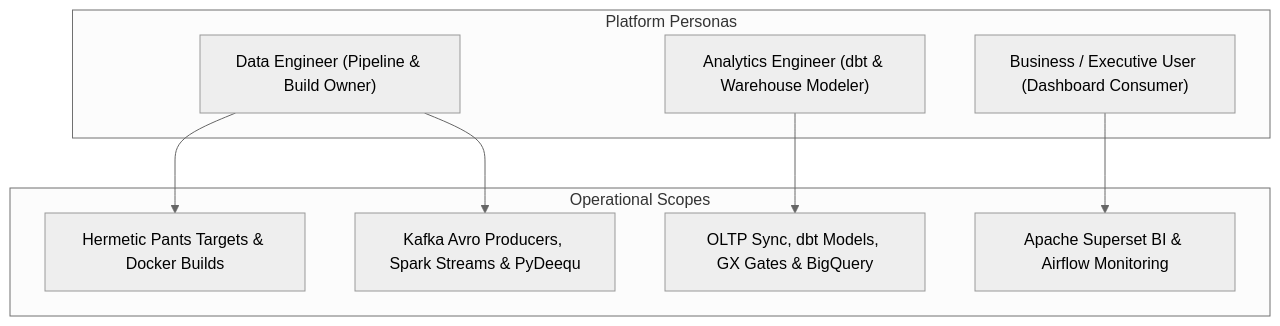
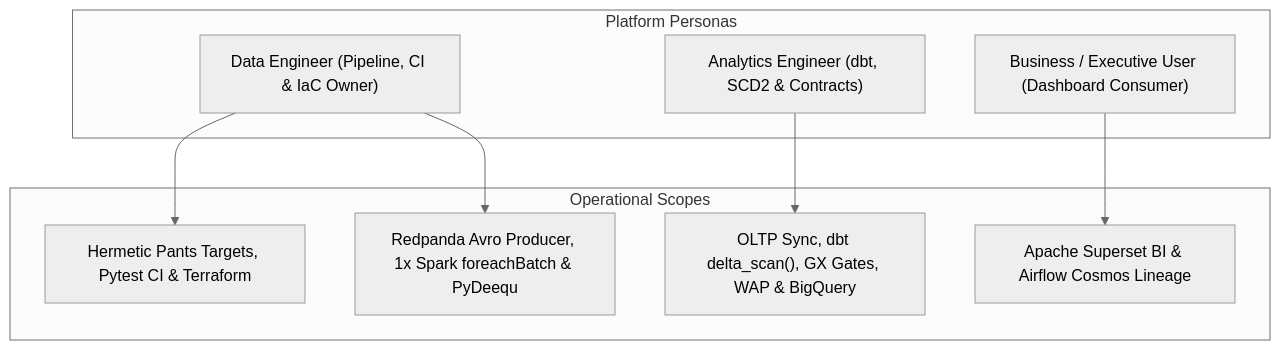
One commit to JayKay24/data-engineering changed the diagram in docs/wiki/Platform-Requirements.md. Above: the diagram before and after it, drawn with Mermaid (neutral theme). The commit also changed other lines of this file and 77 other files, not shown here.

Commit message:
feat(ecommerce): modernize pipeline to Medallion Lakehouse with Redpanda, WAP DuckDB, SCD2, Cosmos & CI

````diff
--- a/docs/wiki/Platform-Requirements.md
+++ b/docs/wiki/Platform-Requirements.md
@@ -17,20 +18,20 @@
 ```mermaid
 flowchart TD
   subgraph Personas ["Platform Personas"]
-    DE["Data Engineer (Pipeline & Build Owner)"]
-    AE["Analytics Engineer (dbt & Warehouse Modeler)"]
+    DE["Data Engineer (Pipeline, CI & IaC Owner)"]
+    AE["Analytics Engineer (dbt, SCD2 & Contracts)"]
     BI["Business / Executive User (Dashboard Consumer)"]
   end
 
   subgraph Capabilities ["Operational Scopes"]
-    Build["Hermetic Pants Targets & Docker Builds"]
-    Stream["Kafka Avro Producers, Spark Streams & PyDeequ"]
-    Warehouse["OLTP Sync, dbt Models, GX Gates & BigQuery"]
-    Dash["Apache Superset BI & Airflow Monitoring"]
+    Build["Hermetic Pants Targets, Pytest CI & Terraform"]
+    Stream["Redpanda Avro Producer, 1x Spark foreachBatch & PyDeequ"]
+    Warehouse["OLTP Sync, dbt delta_scan(), GX Gates, WAP & BigQuery"]
+    Dash["Apache Superset BI & Airflow Cosmos Lineage"]
   end
 
   DE --> Build
   DE --> Stream
   AE --> Warehouse
   BI --> Dash
 ```
````
